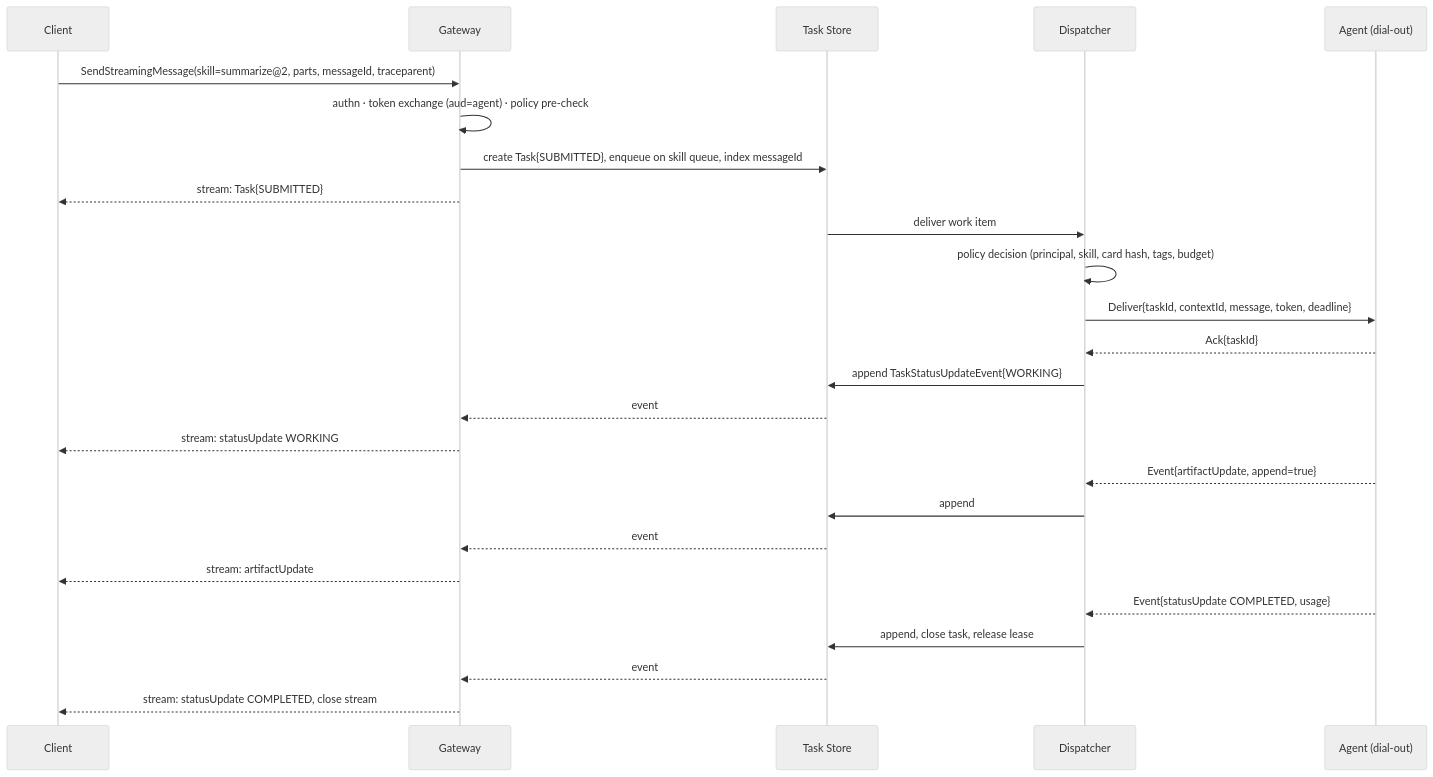
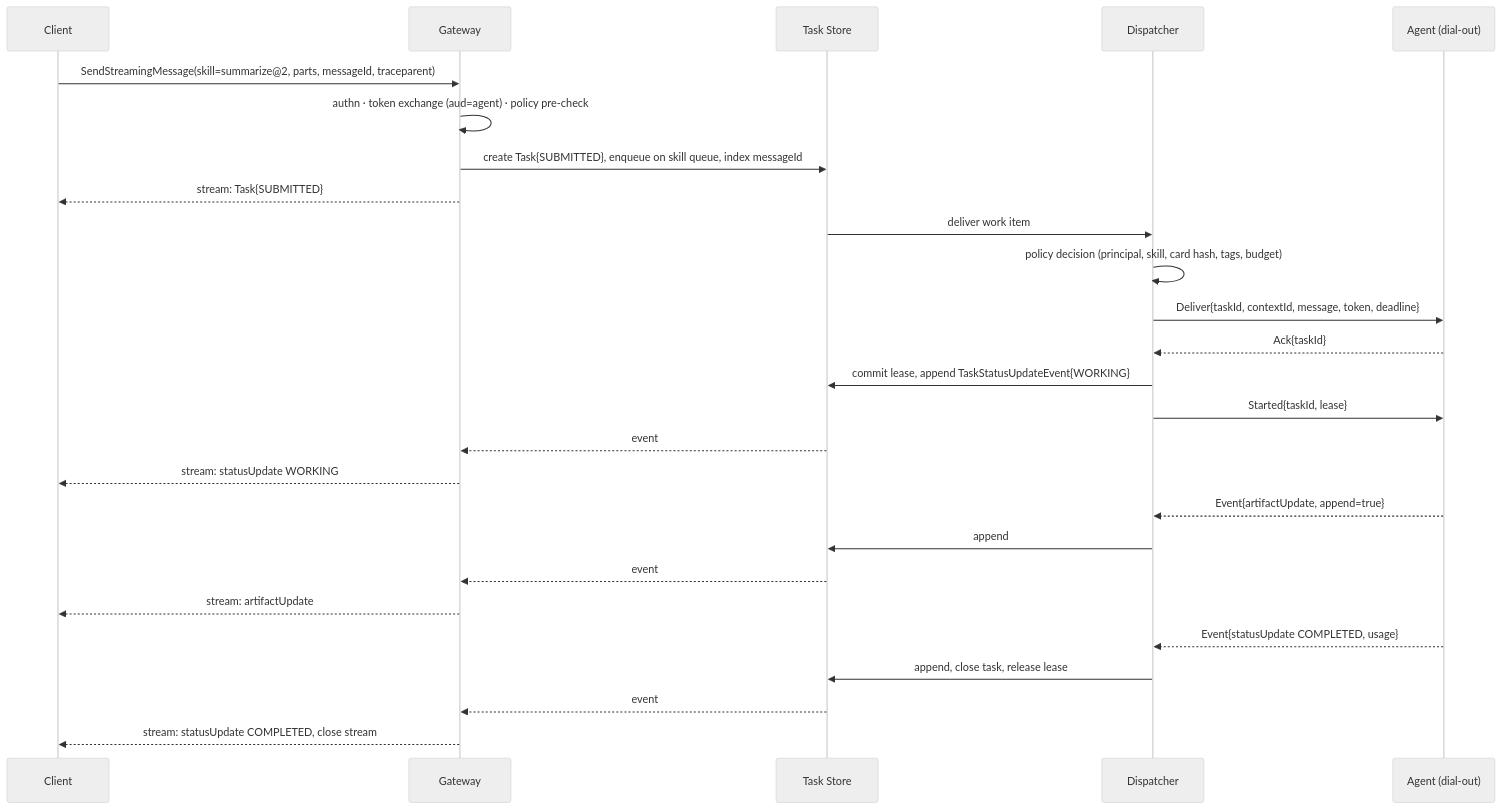
Before and after one commit to wabee-ai/agenet: the second of 2 diagrams in docs/v2/01-architecture.md, drawn with Mermaid (neutral theme). The commit also changed other lines of this file and 5 other files, not shown here.

````diff
--- a/docs/v2/01-architecture.md
+++ b/docs/v2/01-architecture.md
@@ -101,28 +103,29 @@
 ```mermaid
 sequenceDiagram
     participant C as Client
     participant G as Gateway
     participant T as Task Store
     participant D as Dispatcher
     participant A as Agent (dial-out)
 
     C->>G: SendStreamingMessage(skill=summarize@2, parts, messageId, traceparent)
     G->>G: authn · token exchange (aud=agent) · policy pre-check
     G->>T: create Task{SUBMITTED}, enqueue on skill queue, index messageId
     G-->>C: stream: Task{SUBMITTED}
     T->>D: deliver work item
     D->>D: policy decision (principal, skill, card hash, tags, budget)
     D->>A: Deliver{taskId, contextId, message, token, deadline}
     A-->>D: Ack{taskId}
-    D->>T: append TaskStatusUpdateEvent{WORKING}
+    D->>T: commit lease, append TaskStatusUpdateEvent{WORKING}
+    D->>A: Started{taskId, lease}
     T-->>G: event
     G-->>C: stream: statusUpdate WORKING
     A-->>D: Event{artifactUpdate, append=true}
     D->>T: append
     T-->>G: event
     G-->>C: stream: artifactUpdate
     A-->>D: Event{statusUpdate COMPLETED, usage}
     D->>T: append, close task, release lease
     T-->>G: event
     G-->>C: stream: statusUpdate COMPLETED, close stream
 ```
````
